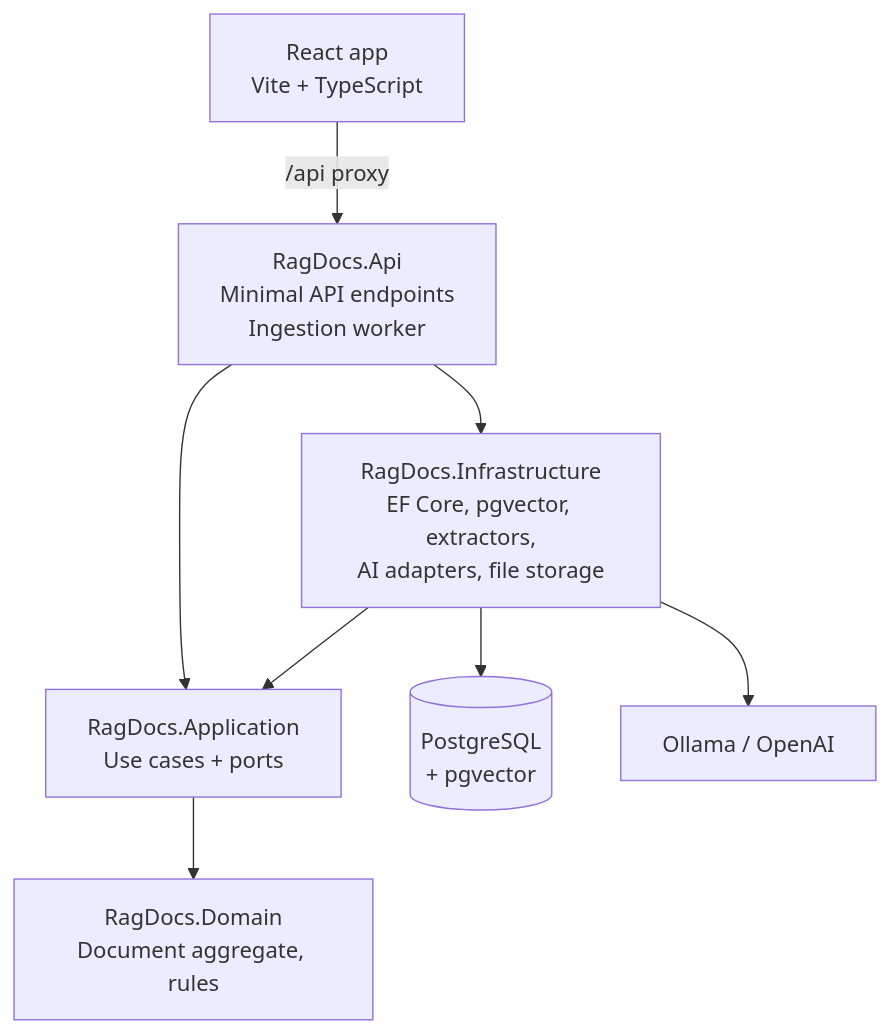
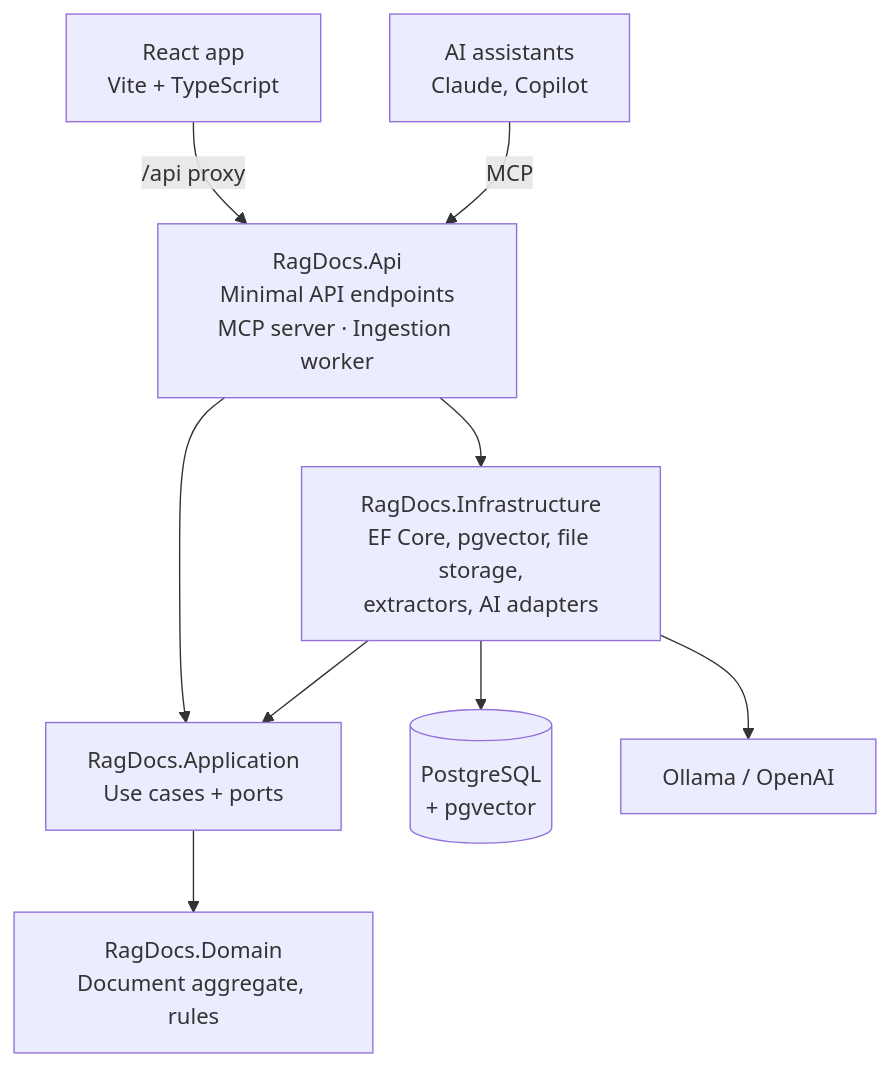
One commit to mpeters16/RagDocs changed the diagram in README.md. Above: the diagram before and after it, drawn with Mermaid. The commit also changed other lines of this file, not shown here.

````diff
--- a/README.md
+++ b/README.md
@@ -27,10 +35,11 @@
 ```mermaid
 flowchart TB
     Web[React app<br/>Vite + TypeScript] -->|/api proxy| Api
-    Api[RagDocs.Api<br/>Minimal API endpoints<br/>Ingestion worker] --> App[RagDocs.Application<br/>Use cases + ports]
-    Api --> Infra[RagDocs.Infrastructure<br/>EF Core, pgvector, extractors,<br/>AI adapters, file storage]
+    MCP[AI assistants<br/>Claude, Copilot] -->|MCP| Api
+    Api[RagDocs.Api<br/>Minimal API endpoints<br/>MCP server · Ingestion worker] --> App[RagDocs.Application<br/>Use cases + ports]
+    Api --> Infra[RagDocs.Infrastructure<br/>EF Core, pgvector, file storage,<br/>extractors, AI adapters]
     Infra --> App
     App --> Domain[RagDocs.Domain<br/>Document aggregate, rules]
     Infra --> PG[(PostgreSQL<br/>+ pgvector)]
     Infra --> AI[Ollama / OpenAI]
 ```
````
